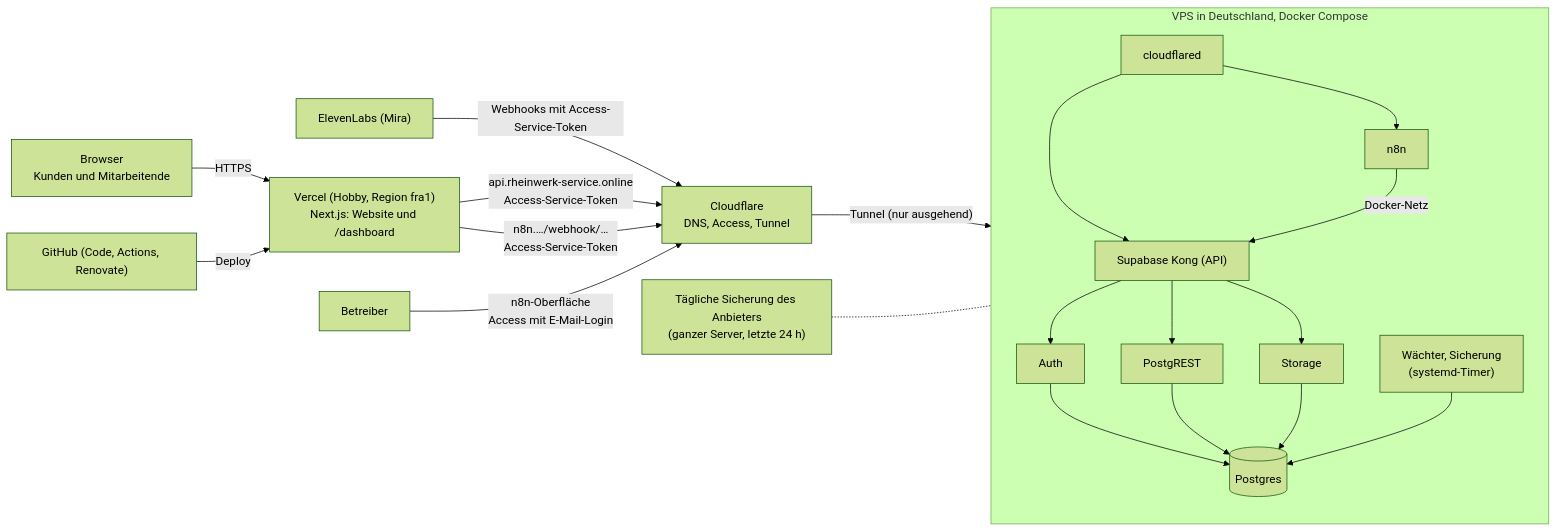
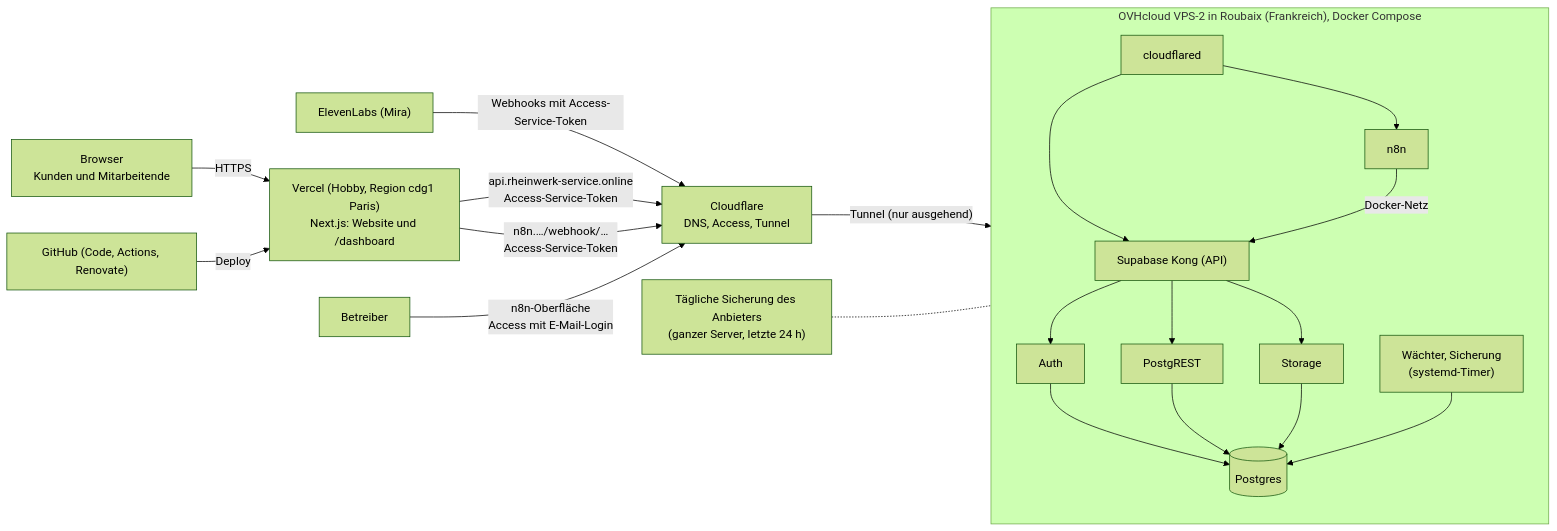
One commit to FuzzCube/RhenWerk-WebSite changed the second of 2 diagrams in docs/betrieb.md. Above: the diagram before and after it, drawn with Mermaid (forest theme). The commit also changed other lines of this file and 5 other files, not shown here.

Commit message:
docs: Server OVHcloud VPS-2 in Roubaix (EU statt Deutschland), Vercel-Region cdg1 statt fra1, Hosting in der Datenschutzerklärung (task-18-4); Übergabe und Workshop-Stand

````diff
--- a/docs/betrieb.md
+++ b/docs/betrieb.md
@@ -98,19 +98,19 @@
 ```mermaid
 flowchart LR
-  Browser["Browser<br/>Kunden und Mitarbeitende"] -->|HTTPS| Vercel["Vercel (Hobby, Region fra1)<br/>Next.js: Website und /dashboard"]
+  Browser["Browser<br/>Kunden und Mitarbeitende"] -->|HTTPS| Vercel["Vercel (Hobby, Region cdg1 Paris)<br/>Next.js: Website und /dashboard"]
   Eleven["ElevenLabs (Mira)"] -->|Webhooks mit Access-Service-Token| CF
   Vercel -->|"api.rheinwerk-service.online<br/>Access-Service-Token"| CF["Cloudflare<br/>DNS, Access, Tunnel"]
   Vercel -->|"n8n.…/webhook/…<br/>Access-Service-Token"| CF
   Admin["Betreiber"] -->|"n8n-Oberfläche<br/>Access mit E-Mail-Login"| CF
   CF -->|"Tunnel (nur ausgehend)"| VPS
-  subgraph VPS["VPS in Deutschland, Docker Compose"]
+  subgraph VPS["OVHcloud VPS-2 in Roubaix (Frankreich), Docker Compose"]
     cloudflared --> Kong["Supabase Kong (API)"]
     cloudflared --> N8N["n8n"]
     Kong --> Auth & Rest["PostgREST"] & Storage
     Auth & Rest & Storage --> PG[("Postgres")]
     N8N -->|Docker-Netz| Kong
     Ops["Wächter, Sicherung<br/>(systemd-Timer)"] --> PG
   end
   Snap["Tägliche Sicherung des Anbieters<br/>(ganzer Server, letzte 24 h)"] -.- VPS
   GitHub["GitHub (Code, Actions, Renovate)"] -->|Deploy| Vercel
 ```
````
